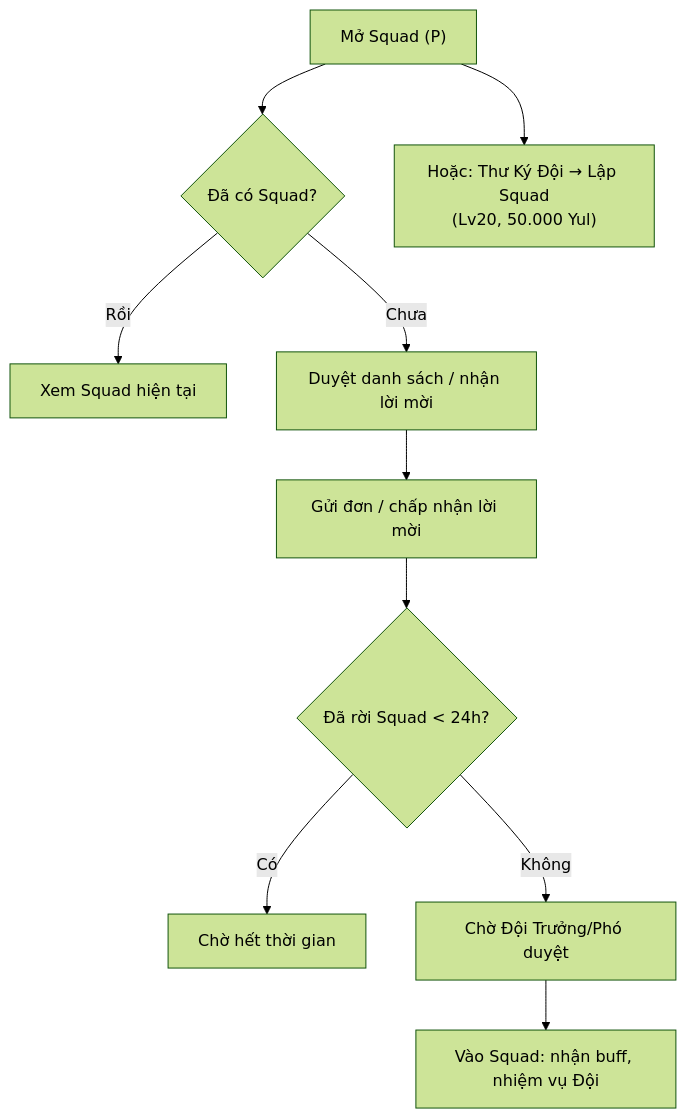
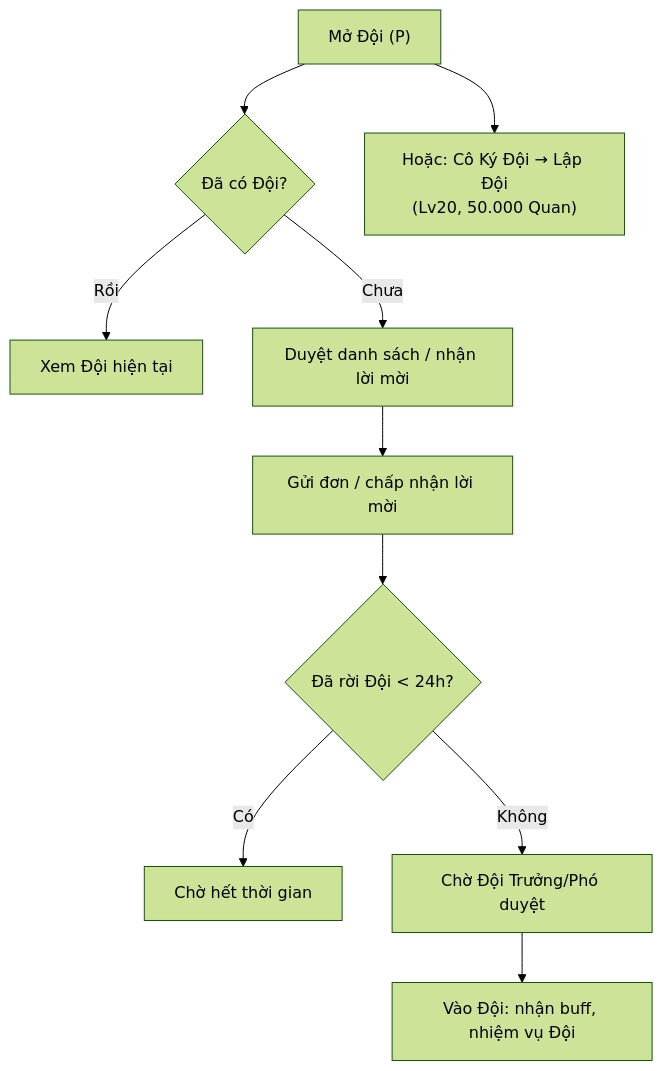
Before and after one commit to thehuygnouhk/game-2d: diagram 12 of 13 in docs/workflows/player-journey.md, drawn with Mermaid (forest theme). The commit also changed other lines of this file and 35 other files, not shown here.

````diff
--- a/docs/workflows/player-journey.md
+++ b/docs/workflows/player-journey.md
@@ -236,12 +236,12 @@
 ```mermaid
 flowchart TD
-    A["Mở Squad (P)"] --> B{"Đã có Squad?"}
-    B -- "Rồi" --> C["Xem Squad hiện tại"]
+    A["Mở Đội (P)"] --> B{"Đã có Đội?"}
+    B -- "Rồi" --> C["Xem Đội hiện tại"]
     B -- "Chưa" --> D["Duyệt danh sách / nhận lời mời"]
     D --> E["Gửi đơn / chấp nhận lời mời"]
-    E --> F{"Đã rời Squad < 24h?"}
+    E --> F{"Đã rời Đội < 24h?"}
     F -- "Có" --> G["Chờ hết thời gian"]
     F -- "Không" --> H["Chờ Đội Trưởng/Phó duyệt"]
-    H --> I["Vào Squad: nhận buff, nhiệm vụ Đội"]
-    A --> J["Hoặc: Thư Ký Đội → Lập Squad<br/>(Lv20, 50.000 Yul)"]
+    H --> I["Vào Đội: nhận buff, nhiệm vụ Đội"]
+    A --> J["Hoặc: Cô Ký Đội → Lập Đội<br/>(Lv20, 50.000 Quan)"]
 ```
````
